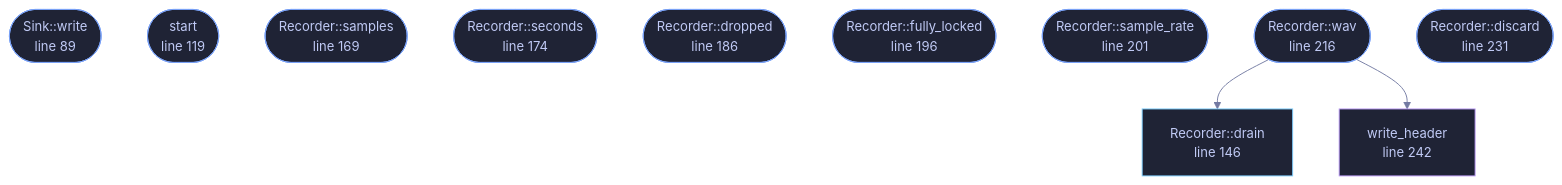
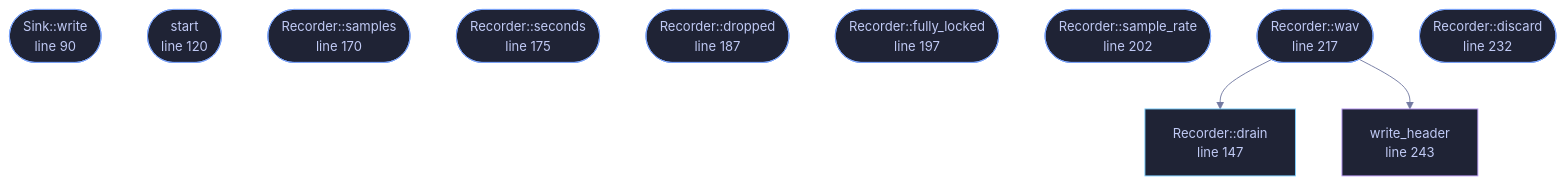
One commit to tilas01/veilvoice changed the diagram in wiki/File-veilvoice-audio-record.md. Above: the diagram before and after it, drawn with Mermaid. The commit also changed other lines of this file and 35 other files, not shown here.

````diff
--- a/wiki/File-veilvoice-audio-record.md
+++ b/wiki/File-veilvoice-audio-record.md
@@ -102,34 +103,34 @@
 ```mermaid
 %%{init: {"theme":"base","themeVariables":{"background":"#1a1b26","primaryColor":"#1f2335","primaryTextColor":"#c0caf5","primaryBorderColor":"#7aa2f7","secondaryColor":"#16161e","tertiaryColor":"#16161e","lineColor":"#737aa2","textColor":"#c0caf5","mainBkg":"#1f2335","nodeBorder":"#7aa2f7","clusterBkg":"#16161e","clusterBorder":"#2f3549","fontFamily":"ui-monospace, SFMono-Regular, Consolas, monospace","fontSize":"14px"}}}%%
 flowchart TD
-    n_write(["Sink::write<br/>line 89"])
-    n_start(["start<br/>line 119"])
-    n_drain["Recorder::drain<br/>line 146"]
-    n_samples(["Recorder::samples<br/>line 169"])
-    n_seconds(["Recorder::seconds<br/>line 174"])
-    n_dropped(["Recorder::dropped<br/>line 186"])
-    n_fully_locked(["Recorder::fully_locked<br/>line 196"])
-    n_sample_rate(["Recorder::sample_rate<br/>line 201"])
-    n_wav(["Recorder::wav<br/>line 216"])
-    n_discard(["Recorder::discard<br/>line 231"])
-    n_write_header["write_header<br/>line 242"]
+    n_write(["Sink::write<br/>line 90"])
+    n_start(["start<br/>line 120"])
+    n_drain["Recorder::drain<br/>line 147"]
+    n_samples(["Recorder::samples<br/>line 170"])
+    n_seconds(["Recorder::seconds<br/>line 175"])
+    n_dropped(["Recorder::dropped<br/>line 187"])
+    n_fully_locked(["Recorder::fully_locked<br/>line 197"])
+    n_sample_rate(["Recorder::sample_rate<br/>line 202"])
+    n_wav(["Recorder::wav<br/>line 217"])
+    n_discard(["Recorder::discard<br/>line 232"])
+    n_write_header["write_header<br/>line 243"]
     n_wav --> n_drain
     n_wav --> n_write_header
-    click n_write href "https://github.com/tilas01/veilvoice/blob/main/crates/veilvoice-audio/src/record.rs#L89" "open the source"
-    click n_start href "https://github.com/tilas01/veilvoice/blob/main/crates/veilvoice-audio/src/record.rs#L119" "open the source"
-    click n_drain href "https://github.com/tilas01/veilvoice/blob/main/crates/veilvoice-audio/src/record.rs#L146" "open the source"
-    click n_samples href "https://github.com/tilas01/veilvoice/blob/main/crates/veilvoice-audio/src/record.rs#L169" "open the source"
-    click n_seconds href "https://github.com/tilas01/veilvoice/blob/main/crates/veilvoice-audio/src/record.rs#L174" "open the source"
-    click n_dropped href "https://github.com/tilas01/veilvoice/blob/main/crates/veilvoice-audio/src/record.rs#L186" "open the source"
-    click n_fully_locked href "https://github.com/tilas01/veilvoice/blob/main/crates/veilvoice-audio/src/record.rs#L196" "open the source"
-    click n_sample_rate href "https://github.com/tilas01/veilvoice/blob/main/crates/veilvoice-audio/src/record.rs#L201" "open the source"
-    click n_wav href "https://github.com/tilas01/veilvoice/blob/main/crates/veilvoice-audio/src/record.rs#L216" "open the source"
-    click n_discard href "https://github.com/tilas01/veilvoice/blob/main/crates/veilvoice-audio/src/record.rs#L231" "open the source"
-    click n_write_header href "https://github.com/tilas01/veilvoice/blob/main/crates/veilvoice-audio/src/record.rs#L242" "open the source"
+    click n_write href "https://github.com/tilas01/veilvoice/blob/main/crates/veilvoice-audio/src/record.rs#L90" "open the source"
+    click n_start href "https://github.com/tilas01/veilvoice/blob/main/crates/veilvoice-audio/src/record.rs#L120" "open the source"
+    click n_drain href "https://github.com/tilas01/veilvoice/blob/main/crates/veilvoice-audio/src/record.rs#L147" "open the source"
+    click n_samples href "https://github.com/tilas01/veilvoice/blob/main/crates/veilvoice-audio/src/record.rs#L170" "open the source"
+    click n_seconds href "https://github.com/tilas01/veilvoice/blob/main/crates/veilvoice-audio/src/record.rs#L175" "open the source"
+    click n_dropped href "https://github.com/tilas01/veilvoice/blob/main/crates/veilvoice-audio/src/record.rs#L187" "open the source"
+    click n_fully_locked href "https://github.com/tilas01/veilvoice/blob/main/crates/veilvoice-audio/src/record.rs#L197" "open the source"
+    click n_sample_rate href "https://github.com/tilas01/veilvoice/blob/main/crates/veilvoice-audio/src/record.rs#L202" "open the source"
+    click n_wav href "https://github.com/tilas01/veilvoice/blob/main/crates/veilvoice-audio/src/record.rs#L217" "open the source"
+    click n_discard href "https://github.com/tilas01/veilvoice/blob/main/crates/veilvoice-audio/src/record.rs#L232" "open the source"
+    click n_write_header href "https://github.com/tilas01/veilvoice/blob/main/crates/veilvoice-audio/src/record.rs#L243" "open the source"
     classDef entry fill:#1f2335,stroke:#7aa2f7,color:#c0caf5
     class n_write,n_start,n_samples,n_seconds,n_dropped,n_fully_locked,n_sample_rate,n_wav,n_discard entry
     classDef api fill:#1f2335,stroke:#7dcfff,color:#c0caf5
     class n_drain api
     classDef helper fill:#1f2335,stroke:#bb9af7,color:#c0caf5
     class n_write_header helper
 ```
````
